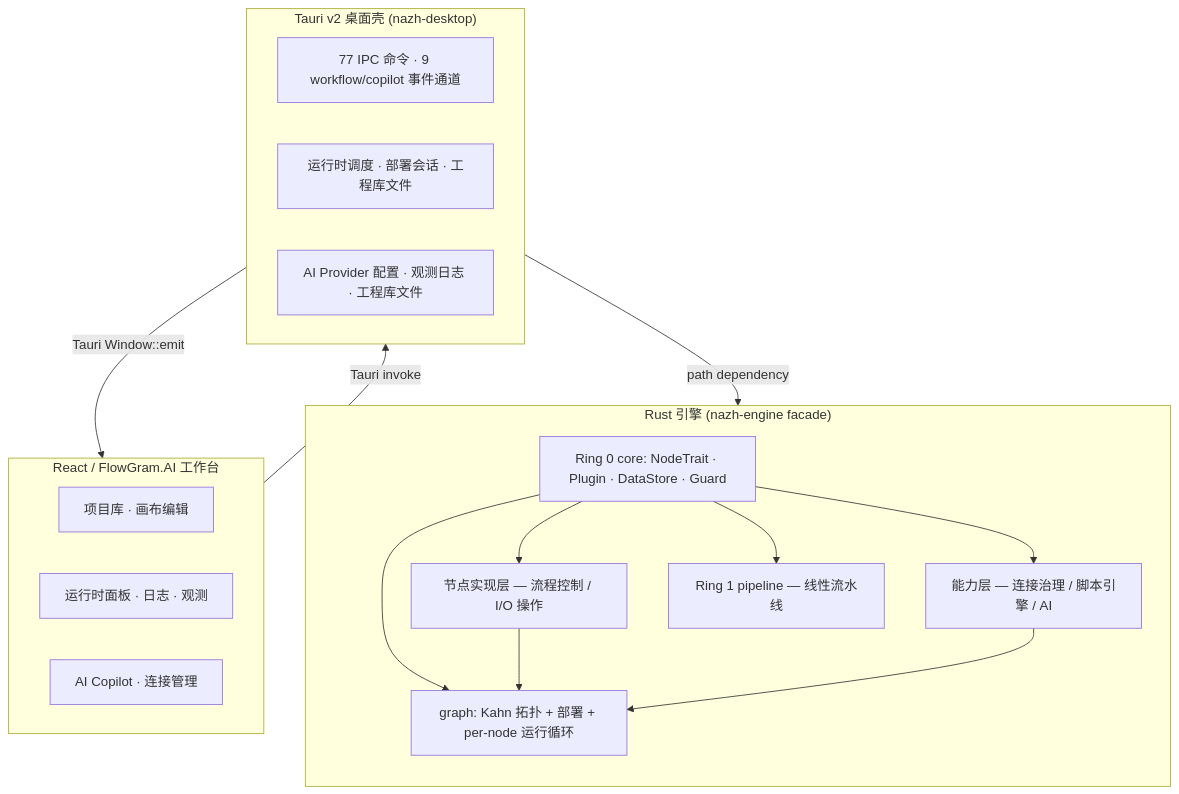
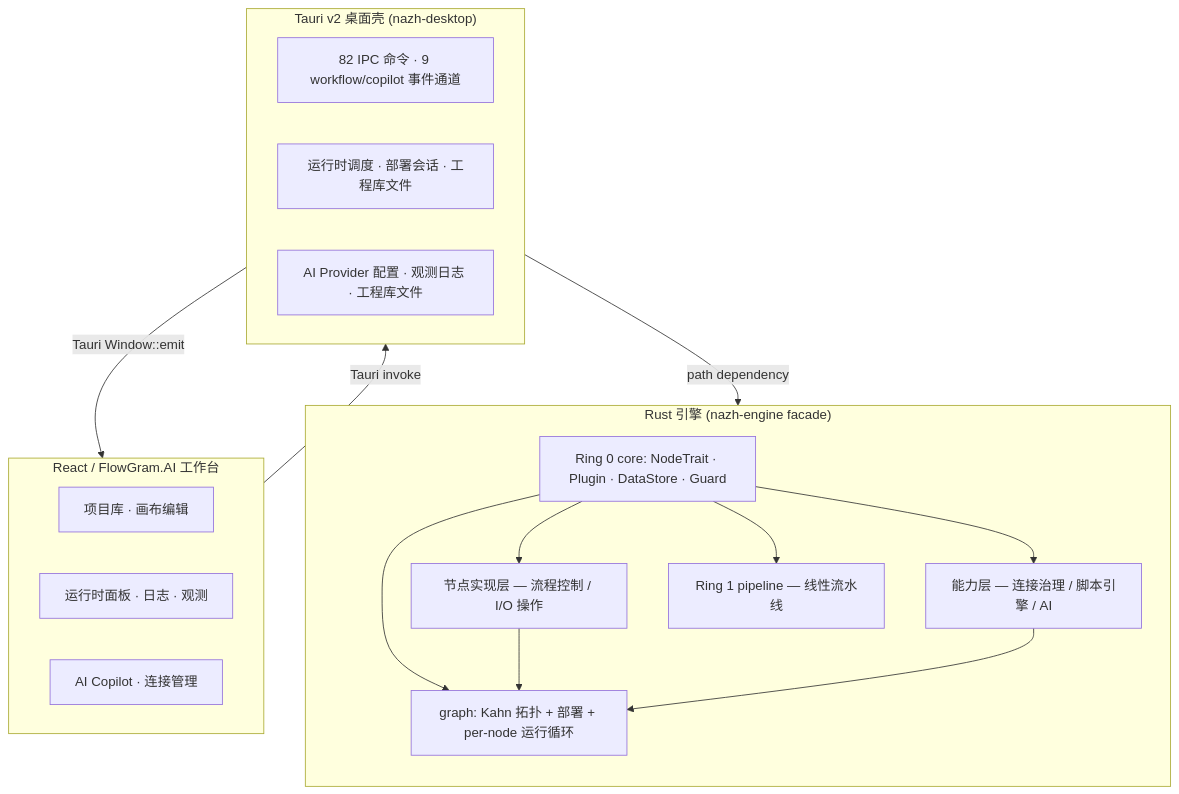
Before and after one commit to ssXue/Nazh: the diagram in README.md, drawn with Mermaid. The commit also changed 14 other files, not shown here.

````diff
--- a/README.md
+++ b/README.md
@@ -84,33 +84,33 @@
 ```mermaid
 flowchart TB
     subgraph Frontend["React / FlowGram.AI 工作台"]
         F1["项目库 · 画布编辑"]
         F2["运行时面板 · 日志 · 观测"]
         F3["AI Copilot · 连接管理"]
     end
 
     subgraph Shell["Tauri v2 桌面壳 (nazh-desktop)"]
-        S1["77 IPC 命令 · 9 workflow/copilot 事件通道"]
+        S1["82 IPC 命令 · 9 workflow/copilot 事件通道"]
         S2["运行时调度 · 部署会话 · 工程库文件"]
         S3["AI Provider 配置 · 观测日志 · 工程库文件"]
     end
 
     subgraph Engine["Rust 引擎 (nazh-engine facade)"]
         direction TB
         C0["Ring 0 core: NodeTrait · Plugin · DataStore · Guard"]
         C1a["节点实现层 — 流程控制 / I/O 操作"]
         C1b["能力层 — 连接治理 / 脚本引擎 / AI"]
         C1c["Ring 1 pipeline — 线性流水线"]
         G["graph: Kahn 拓扑 + 部署 + per-node 运行循环"]
         C0 --> C1a
         C0 --> C1b
         C0 --> C1c
         C0 --> G
         C1a --> G
         C1b --> G
     end
 
     Frontend -- "Tauri invoke" --> Shell
     Shell -- "Tauri Window::emit" --> Frontend
     Shell -- "path dependency" --> Engine
 ```
````
